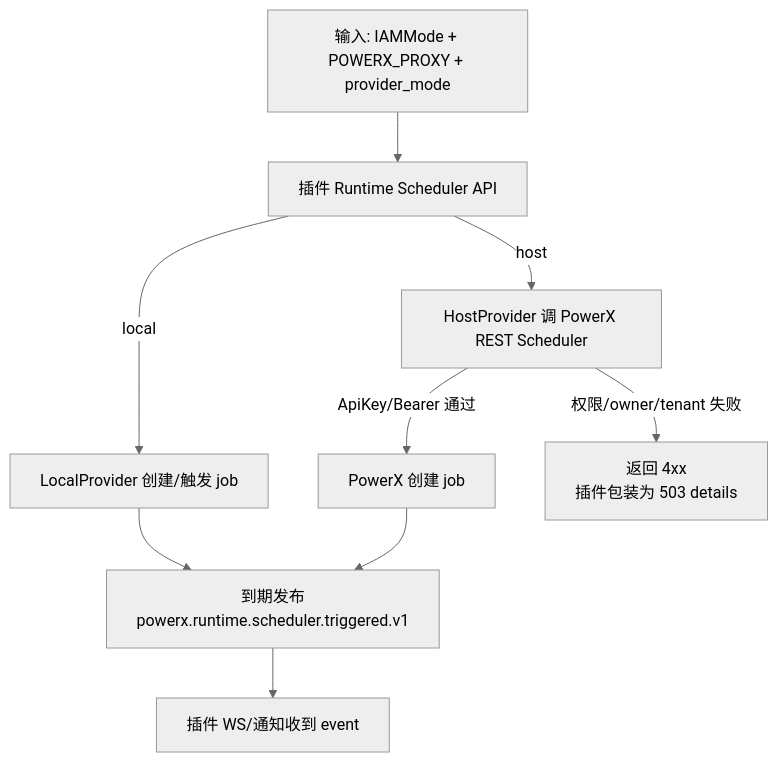
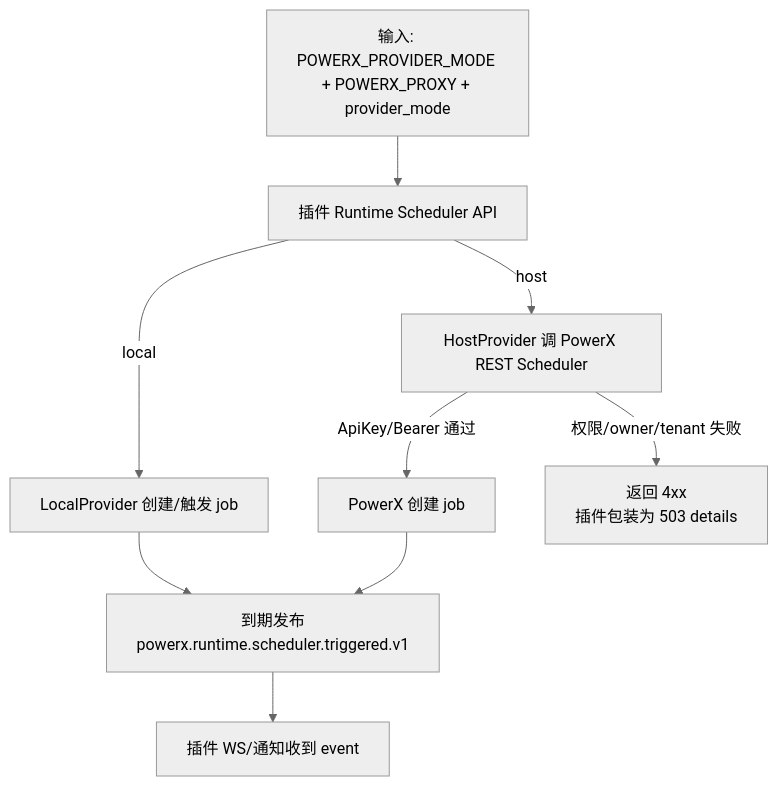
The second of 3 diagrams in docs/guides/features/017-async-runtime-scheduler-switch/guide.md (ArtisanCloud/PowerXPlugin), drawn with Mermaid (neutral theme) before and after one commit. The commit also changed other lines of this file and 388 other files, not shown here.

````diff
--- a/docs/guides/features/017-async-runtime-scheduler-switch/guide.md
+++ b/docs/guides/features/017-async-runtime-scheduler-switch/guide.md
@@ -44,11 +44,11 @@
 ```mermaid
 flowchart TD
-  A["输入: IAMMode + POWERX_PROXY + provider_mode"] --> B["插件 Runtime Scheduler API"]
+  A["输入: POWERX_PROVIDER_MODE + POWERX_PROXY + provider_mode"] --> B["插件 Runtime Scheduler API"]
   B -->|local| C["LocalProvider 创建/触发 job"]
   B -->|host| D["HostProvider 调 PowerX REST Scheduler"]
   D -->|ApiKey/Bearer 通过| E["PowerX 创建 job"]
   D -->|权限/owner/tenant 失败| X["返回 4xx\n插件包装为 503 details"]
   E --> F["到期发布\npowerx.runtime.scheduler.triggered.v1"]
   C --> F
   F --> G["插件 WS/通知收到 event"]
 ```
````
